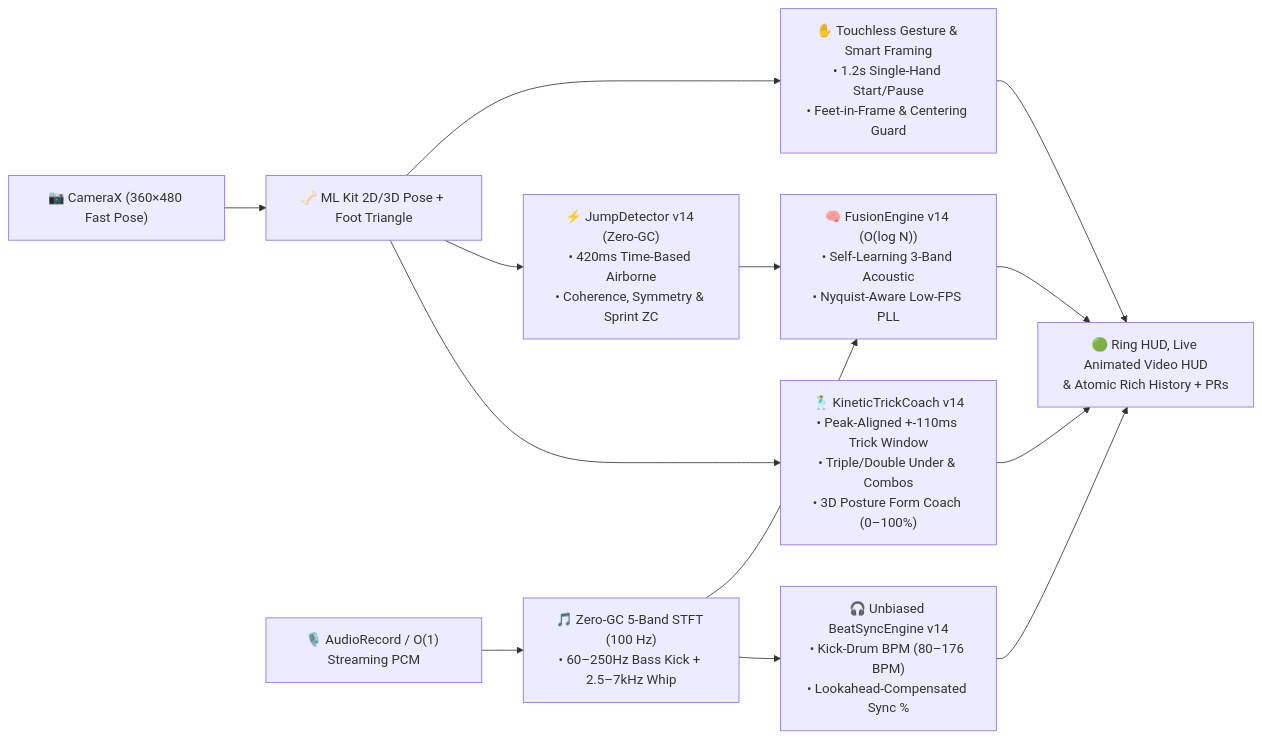
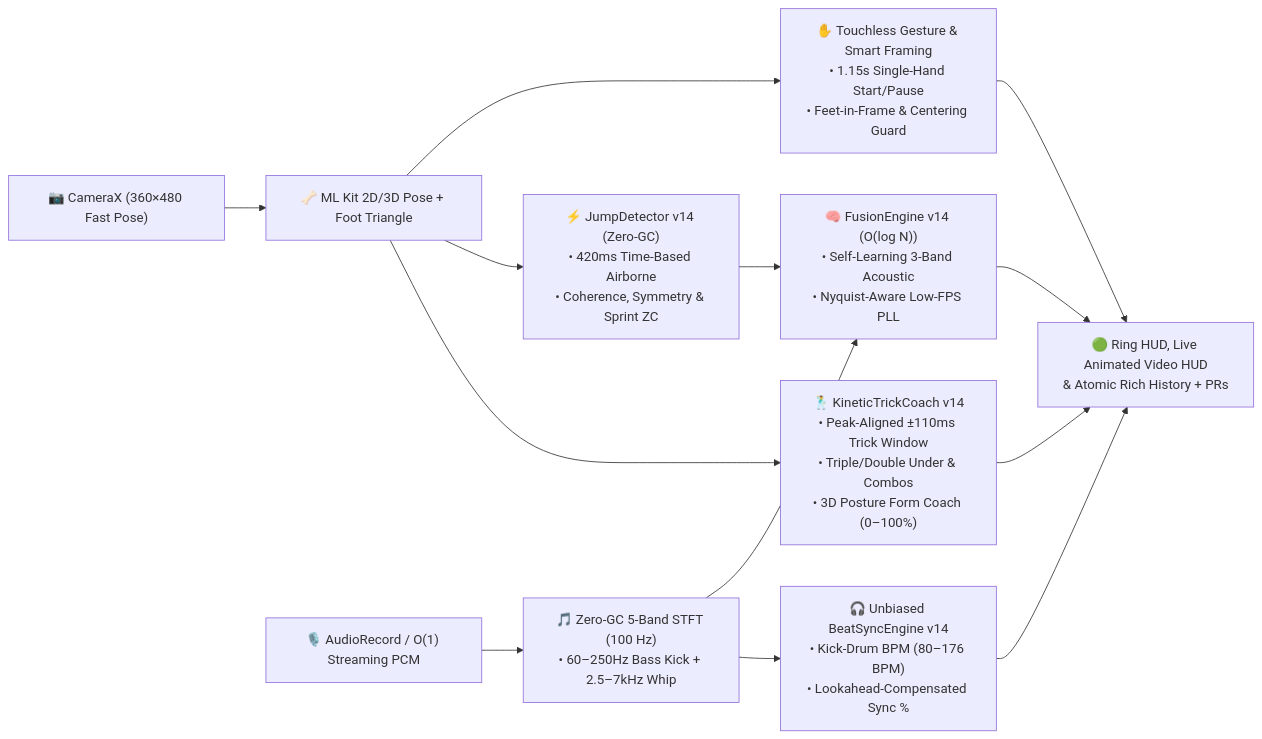
The diagram in README.md (iganramdani/Jumpix), drawn with Mermaid before and after one commit. The commit also changed other lines of this file and 5 other files, not shown here.

````diff
--- a/README.md
+++ b/README.md
@@ -92,15 +117,15 @@
 ```mermaid
 flowchart LR
     CAM["📷 CameraX (360×480 Fast Pose)"] --> ML["🦴 ML Kit 2D/3D Pose + Foot Triangle"]
     MIC["🎙️ AudioRecord / O(1) Streaming PCM"] --> STFT["🎵 Zero-GC 5-Band STFT (100 Hz)\n• 60–250Hz Bass Kick + 2.5–7kHz Whip"]
-    ML --> TG["✋ Touchless Gesture & Smart Framing\n• 1.2s Single-Hand Start/Pause\n• Feet-in-Frame & Centering Guard"]
+    ML --> TG["✋ Touchless Gesture & Smart Framing\n• 1.15s Single-Hand Start/Pause\n• Feet-in-Frame & Centering Guard"]
     ML --> JD["⚡ JumpDetector v14 (Zero-GC)\n• 420ms Time-Based Airborne\n• Coherence, Symmetry & Sprint ZC"]
     STFT --> FE["🧠 FusionEngine v14 (O(log N))\n• Self-Learning 3-Band Acoustic\n• Nyquist-Aware Low-FPS PLL"]
     JD --> FE
-    ML --> KT["🕺 KineticTrickCoach v14\n• Peak-Aligned +-110ms Trick Window\n• Triple/Double Under & Combos\n• 3D Posture Form Coach (0–100%)"]
+    ML --> KT["🕺 KineticTrickCoach v14\n• Peak-Aligned ±110ms Trick Window\n• Triple/Double Under & Combos\n• 3D Posture Form Coach (0–100%)"]
     STFT --> BS["🎧 Unbiased BeatSyncEngine v14\n• Kick-Drum BPM (80–176 BPM)\n• Lookahead-Compensated Sync %"]
     FE --> UI["🟢 Ring HUD, Live Animated Video HUD\n& Atomic Rich History + PRs"]
     KT --> UI
     BS --> UI
     TG --> UI
 ```
````
